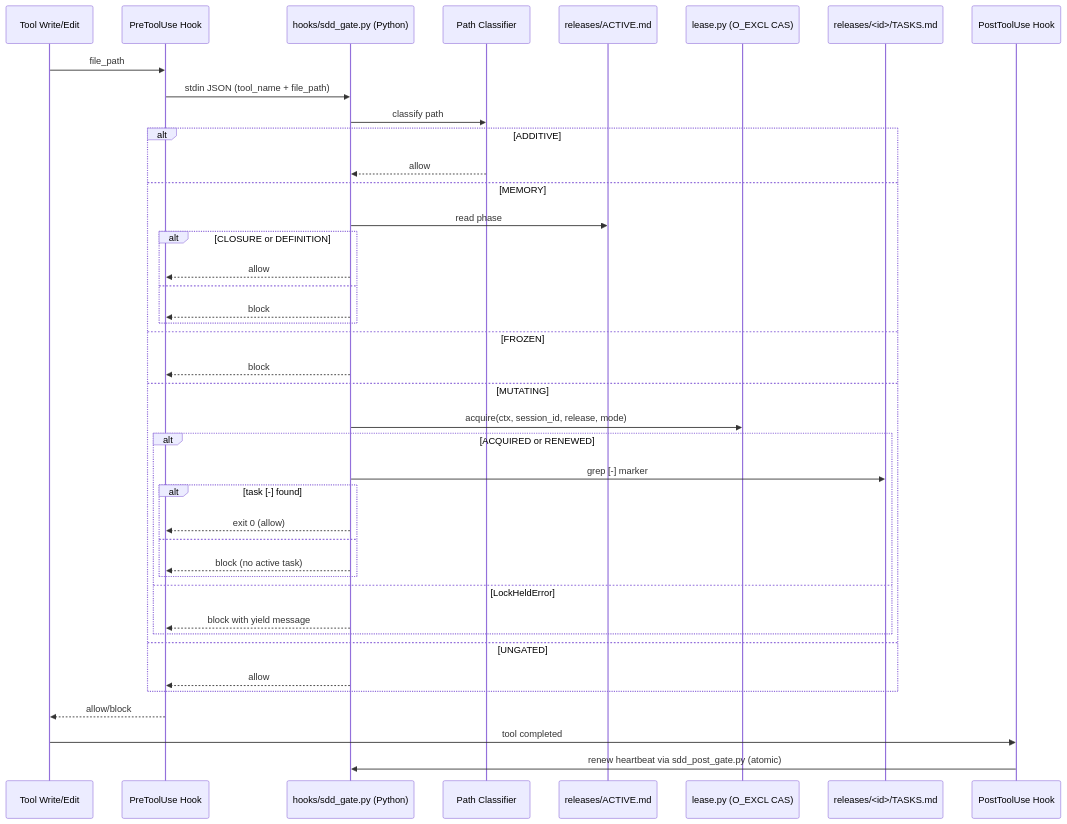
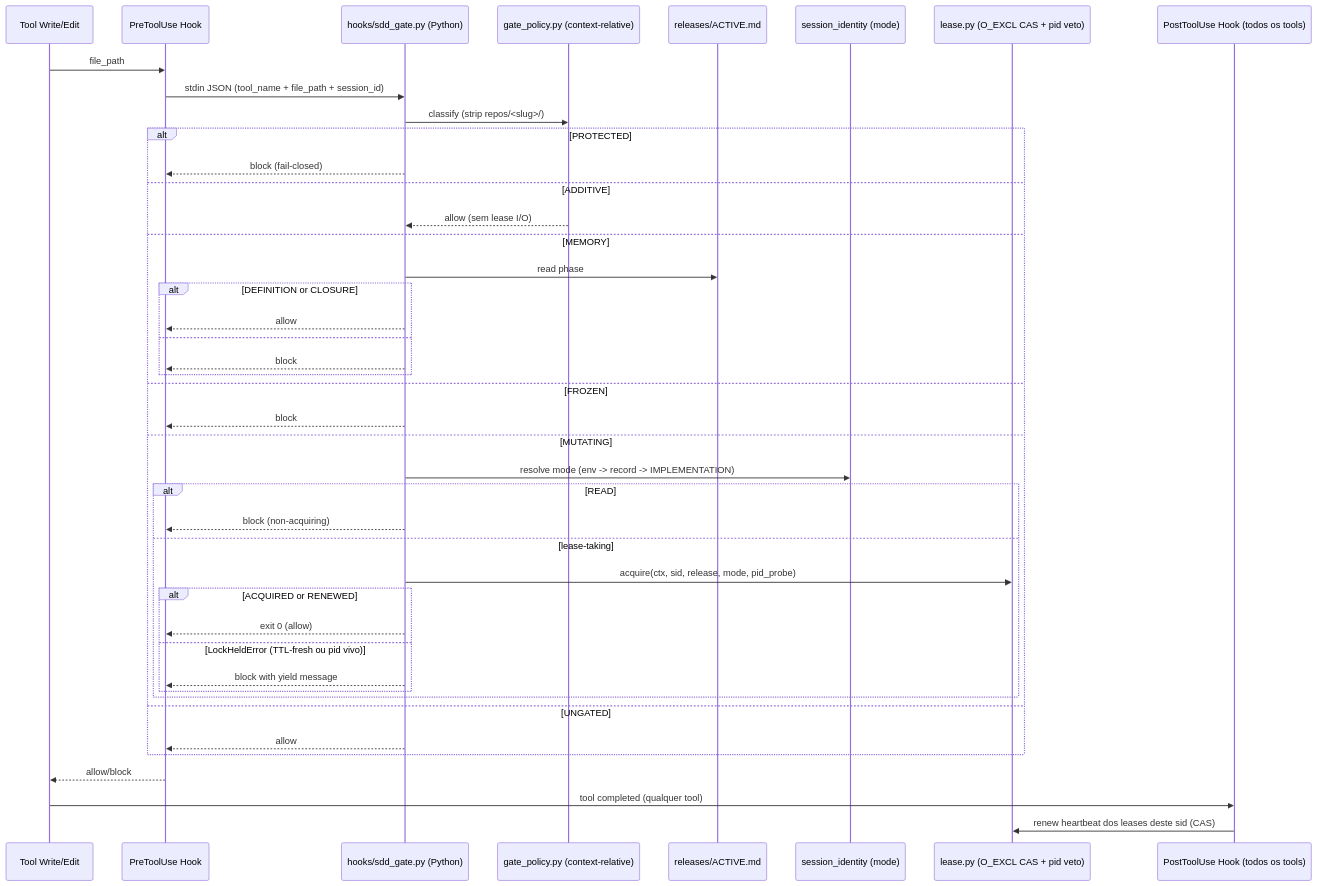
The diagram in specs/memory/product/sdd/sdd-gate-v3.md (marcoaureliomenezes/dadaia-workspace), drawn with Mermaid before and after one commit. The commit also changed other lines of this file and 8 other files, not shown here.

````diff
--- a/specs/memory/product/sdd/sdd-gate-v3.md
+++ b/specs/memory/product/sdd/sdd-gate-v3.md
@@ -73,43 +101,45 @@
 ```mermaid
 sequenceDiagram
     participant T as Tool Write/Edit
     participant PreH as PreToolUse Hook
     participant G as hooks/sdd_gate.py (Python)
-    participant C as Path Classifier
+    participant C as gate_policy.py (context-relative)
     participant A as releases/ACTIVE.md
-    participant L as lease.py (O_EXCL CAS)
-    participant K as releases/<id>/TASKS.md
-    participant PostH as PostToolUse Hook
+    participant S as session_identity (mode)
+    participant L as lease.py (O_EXCL CAS + pid veto)
+    participant PostH as PostToolUse Hook (todos os tools)
     T->>PreH: file_path
-    PreH->>G: stdin JSON (tool_name + file_path)
-    G->>C: classify path
-    alt ADDITIVE
-        C-->>G: allow
+    PreH->>G: stdin JSON (tool_name + file_path + session_id)
+    G->>C: classify (strip repos/<slug>/)
+    alt PROTECTED
+        G-->>PreH: block (fail-closed)
+    else ADDITIVE
+        C-->>G: allow (sem lease I/O)
     else MEMORY
         G->>A: read phase
-        alt CLOSURE or DEFINITION
+        alt DEFINITION or CLOSURE
             G-->>PreH: allow
         else
             G-->>PreH: block
         end
     else FROZEN
         G-->>PreH: block
     else MUTATING
-        G->>L: acquire(ctx, session_id, release, mode)
-        alt ACQUIRED or RENEWED
-            G->>K: grep [-] marker
-            alt task [-] found
+        G->>S: resolve mode (env -> record -> IMPLEMENTATION)
+        alt READ
+            G-->>PreH: block (non-acquiring)
+        else lease-taking
+            G->>L: acquire(ctx, sid, release, mode, pid_probe)
+            alt ACQUIRED or RENEWED
                 G-->>PreH: exit 0 (allow)
-            else
-                G-->>PreH: block (no active task)
+            else LockHeldError (TTL-fresh ou pid vivo)
+                G-->>PreH: block with yield message
             end
-        else LockHeldError
-            G-->>PreH: block with yield message
         end
     else UNGATED
         G-->>PreH: allow
     end
     PreH-->>T: allow/block
-    T->>PostH: tool completed
-    PostH->>G: renew heartbeat via sdd_post_gate.py (atomic)
+    T->>PostH: tool completed (qualquer tool)
+    PostH->>L: renew heartbeat dos leases deste sid (CAS)
 ```
````
